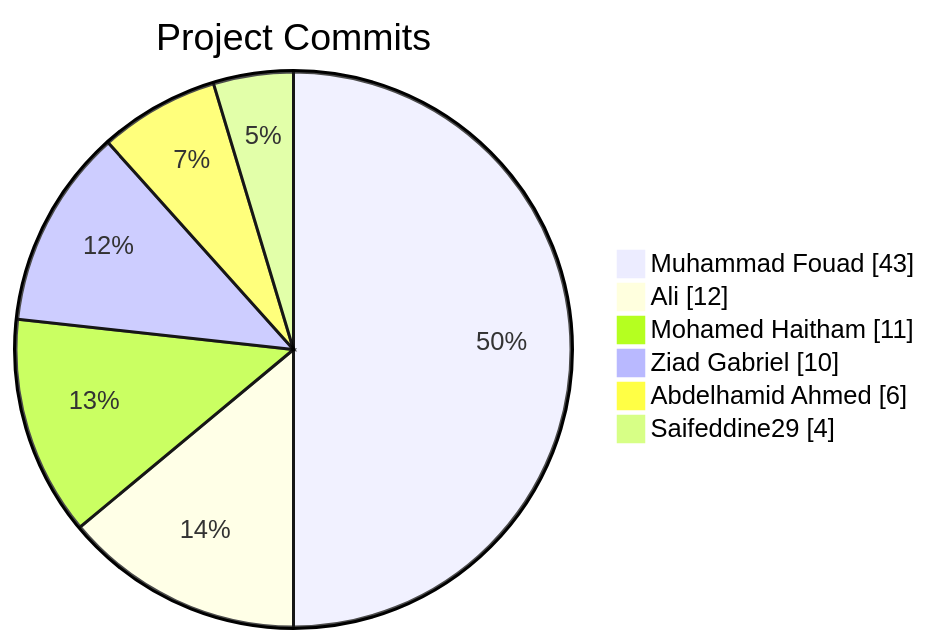
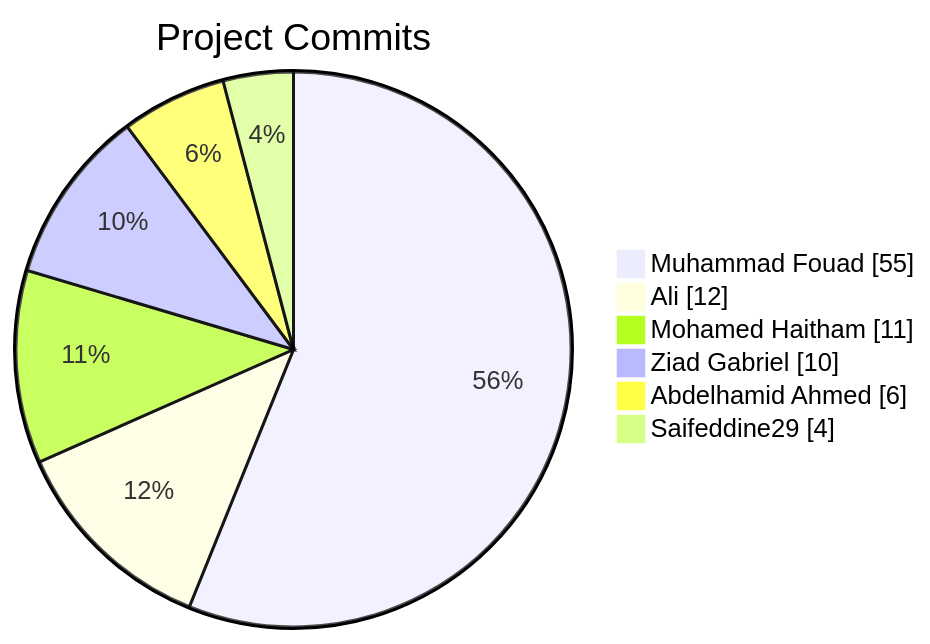
The diagram in README.md (Abdelhamid-El-rashidy/Library_System), drawn with Mermaid before and after one commit.

Commit message:
docs: update contributor stats [skip ci]

````diff
--- a/README.md
+++ b/README.md
@@ -6,10 +6,10 @@
 ```mermaid
 pie showData
     title Project Commits
-    "Muhammad Fouad" : 43
+    "Muhammad Fouad" : 55
     "Ali" : 12
     "Mohamed Haitham" : 11
     "Ziad Gabriel" : 10
     "Abdelhamid Ahmed" : 6
     "Saifeddine29" : 4
 ```
````
